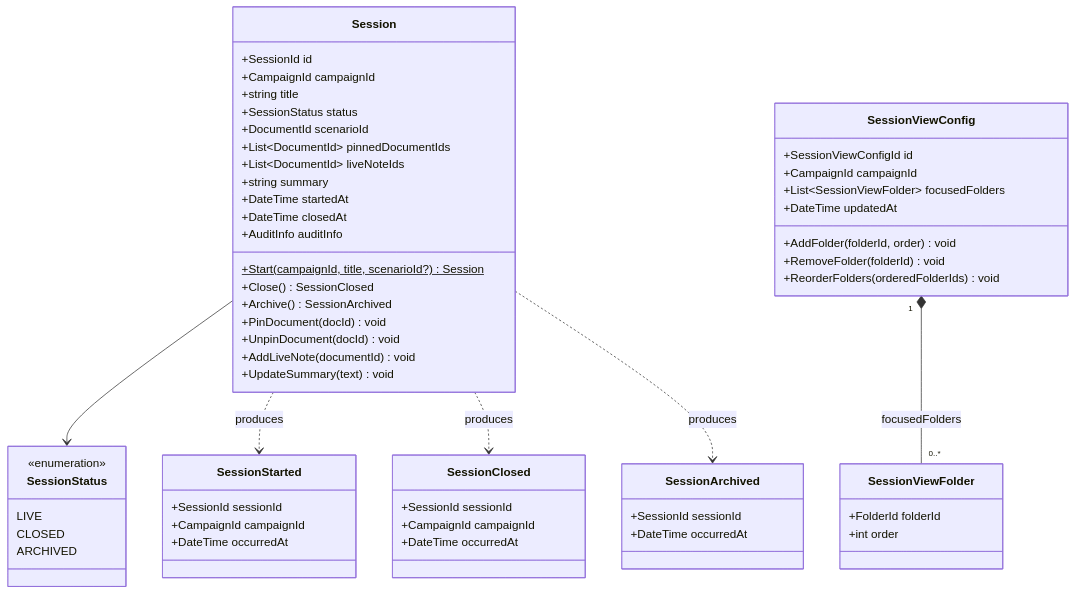
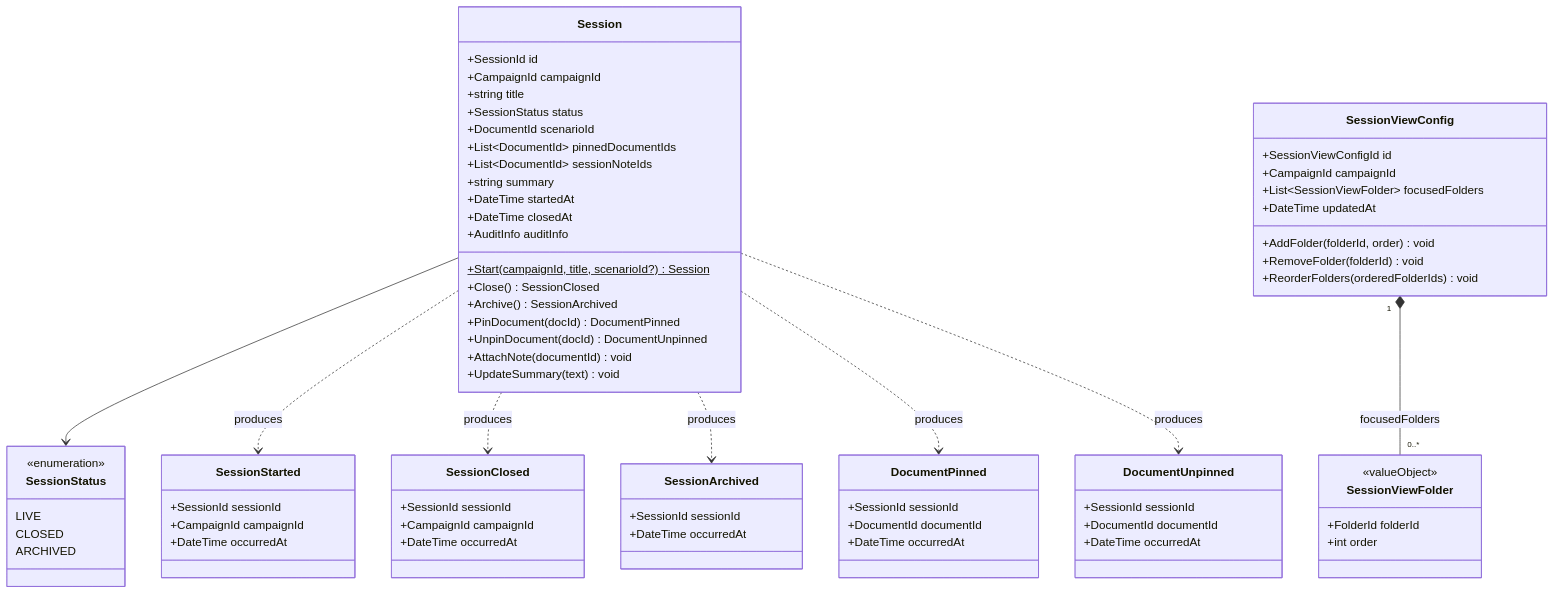
Before and after one commit to 2025-10-CDA-ECO-P6/PM-micro-saas: the diagram in docs/conception/domain/diagrams/classes/session-conduct.md, drawn with Mermaid. The commit also changed 17 other files, not shown here.

````diff
--- a/docs/conception/domain/diagrams/classes/session-conduct.md
+++ b/docs/conception/domain/diagrams/classes/session-conduct.md
@@ -9,7 +9,7 @@
         +SessionStatus status
         +DocumentId scenarioId
         +List~DocumentId~ pinnedDocumentIds
-        +List~DocumentId~ liveNoteIds
+        +List~DocumentId~ sessionNoteIds
         +string summary
         +DateTime startedAt
         +DateTime closedAt
@@ -17,9 +17,9 @@
         +Start(campaignId, title, scenarioId?)$ Session
         +Close() SessionClosed
         +Archive() SessionArchived
-        +PinDocument(docId) void
-        +UnpinDocument(docId) void
-        +AddLiveNote(documentId) void
+        +PinDocument(docId) DocumentPinned
+        +UnpinDocument(docId) DocumentUnpinned
+        +AttachNote(documentId) void
         +UpdateSummary(text) void
     }
 
@@ -34,6 +34,7 @@
     }
 
     class SessionViewFolder {
+        <<valueObject>>
         +FolderId folderId
         +int order
     }
@@ -62,9 +63,23 @@
         +DateTime occurredAt
     }
 
+    class DocumentPinned {
+        +SessionId sessionId
+        +DocumentId documentId
+        +DateTime occurredAt
+    }
+
+    class DocumentUnpinned {
+        +SessionId sessionId
+        +DocumentId documentId
+        +DateTime occurredAt
+    }
+
     Session --> SessionStatus
     Session ..> SessionStarted : produces
     Session ..> SessionClosed : produces
     Session ..> SessionArchived : produces
+    Session ..> DocumentPinned : produces
+    Session ..> DocumentUnpinned : produces
     SessionViewConfig "1" *-- "0..*" SessionViewFolder : focusedFolders
 ```
````
